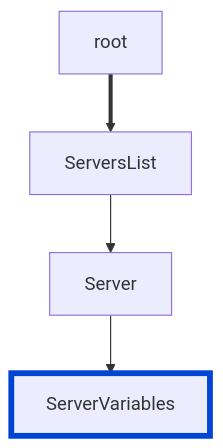
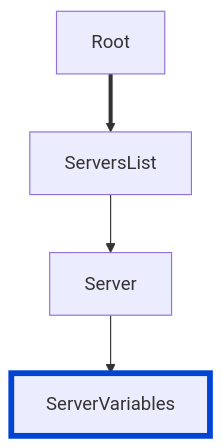
One commit to Redocly/redocly-cli changed the diagram in docs/@v1/rules/oas/no-server-variables-empty-enum.md. Above: the diagram before and after it, drawn with Mermaid. The commit also changed 36 other files, not shown here.

````diff
--- a/docs/@v1/rules/oas/no-server-variables-empty-enum.md
+++ b/docs/@v1/rules/oas/no-server-variables-empty-enum.md
@@ -15,7 +15,7 @@
 ```mermaid
 flowchart TD
 
-root ==> ServersList --> Server --> ServerVariables
+Root ==> ServersList --> Server --> ServerVariables
 
 style ServerVariables fill:#codaf9,stroke:#0044d4,stroke-width:5px
 ```
````
